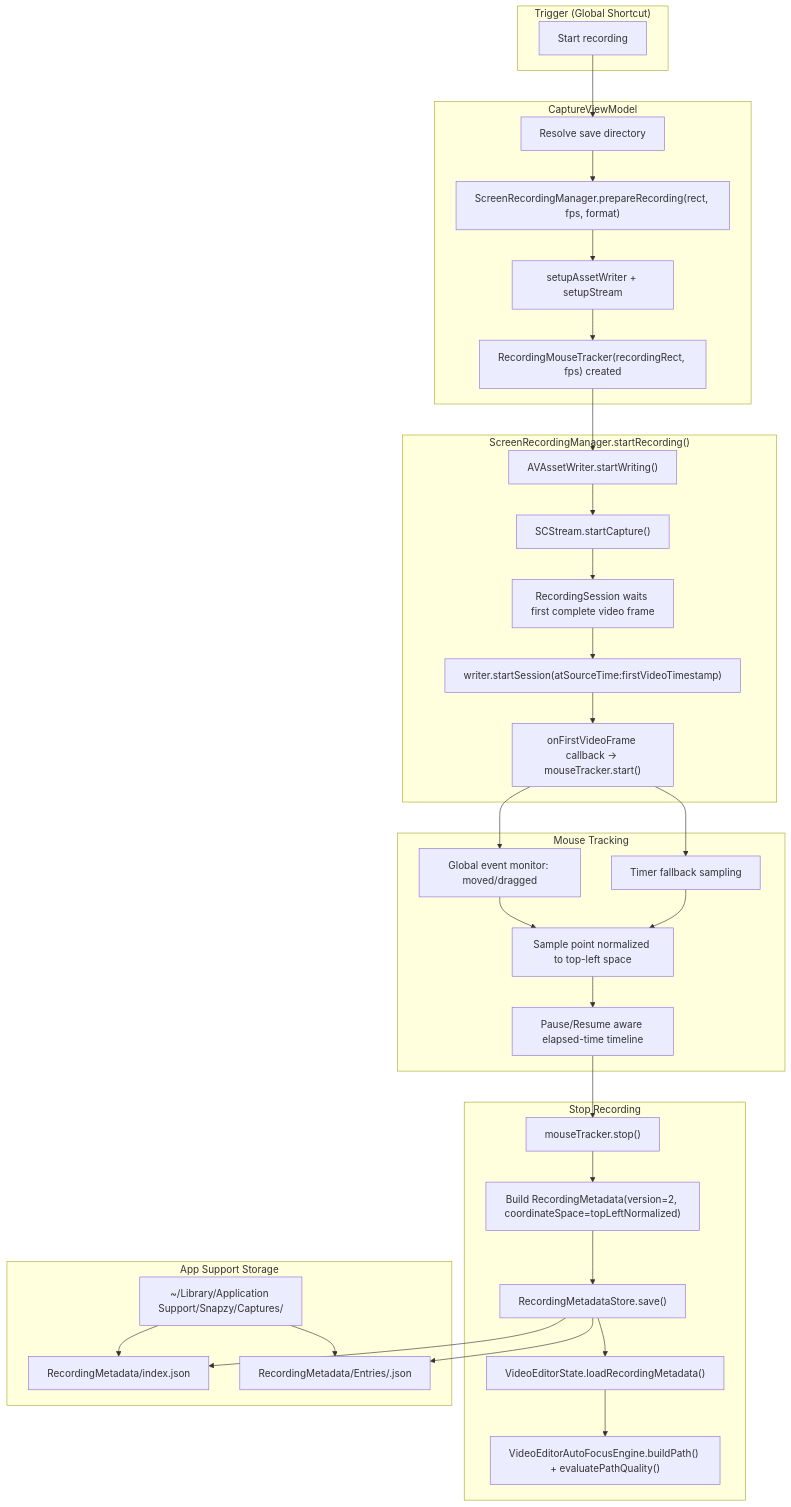
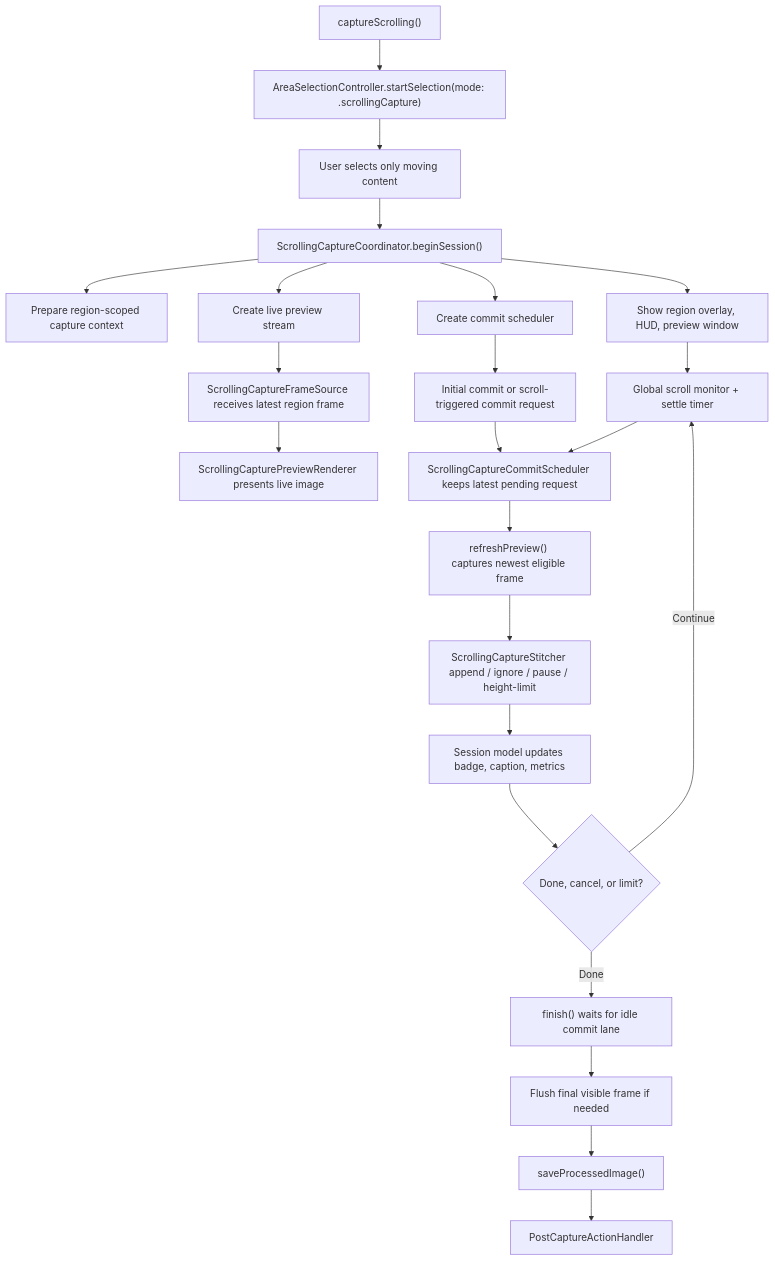
One commit to duongductrong/Snapzy changed the third of 7 diagrams in docs/capture-flow.md. Above: the diagram before and after it, drawn with Mermaid. The commit also changed other lines of this file and 3 other files, not shown here.

````diff
--- a/docs/capture-flow.md
+++ b/docs/capture-flow.md
@@ -77,54 +82,30 @@
 ```mermaid
 flowchart TD
-    subgraph Trigger["Trigger (Global Shortcut)"]
-        A1["Start recording"]
-    end
+    A["captureScrolling()"] --> B["AreaSelectionController.startSelection(mode: .scrollingCapture)"]
+    B --> C["User selects only moving content"]
+    C --> D["ScrollingCaptureCoordinator.beginSession()"]
 
-    subgraph VM["CaptureViewModel"]
-        B1["Resolve save directory"]
-        B2["ScreenRecordingManager.prepareRecording(rect, fps, format)"]
-        B3["setupAssetWriter + setupStream"]
-        B4["RecordingMouseTracker(recordingRect, fps) created"]
-    end
+    D --> E["Prepare region-scoped capture context"]
+    D --> F["Show region overlay, HUD, preview window"]
+    D --> G["Create live preview stream"]
+    D --> H["Create commit scheduler"]
 
-    subgraph Stream["ScreenRecordingManager.startRecording()"]
-        C1["AVAssetWriter.startWriting()"]
-        C2["SCStream.startCapture()"]
-        C3["RecordingSession waits first complete video frame"]
-        C4["writer.startSession(atSourceTime:firstVideoTimestamp)"]
-        C5["onFirstVideoFrame callback -> mouseTracker.start()"]
-    end
+    G --> I["ScrollingCaptureFrameSource receives latest region frame"]
+    I --> J["ScrollingCapturePreviewRenderer presents live image"]
 
-    subgraph Track["Mouse Tracking"]
-        D1["Global event monitor: moved/dragged"]
-        D2["Timer fallback sampling"]
-        D3["Sample point normalized to top-left space"]
-        D4["Pause/Resume aware elapsed-time timeline"]
-    end
+    H --> K["Initial commit or scroll-triggered commit request"]
+    K --> L["ScrollingCaptureCommitScheduler keeps latest pending request"]
+    L --> M["refreshPreview() captures newest eligible frame"]
+    M --> N["ScrollingCaptureStitcher append / ignore / pause / height-limit"]
+    N --> O["Session model updates badge, caption, metrics"]
 
-    subgraph Stop["Stop Recording"]
-        E1["mouseTracker.stop()"]
-        E2["Build RecordingMetadata(version=2, coordinateSpace=topLeftNormalized)"]
-        E3["RecordingMetadataStore.save()"]
-        E4["VideoEditorState.loadRecordingMetadata()"]
-        E5["VideoEditorAutoFocusEngine.buildPath() + evaluatePathQuality()"]
-    end
+    F --> P["Global scroll monitor + settle timer"]
+    P --> L
 
-    subgraph Store["App Support Storage"]
-        F1["~/Library/Application Support/Snapzy/Captures/"]
-        F2["RecordingMetadata/index.json"]
-        F3["RecordingMetadata/Entries/<uuid>.json"]
-    end
-
-    A1 --> B1 --> B2 --> B3 --> B4
-    B4 --> C1 --> C2 --> C3 --> C4 --> C5
-    C5 --> D1
-    C5 --> D2
-    D1 --> D3 --> D4
-    D2 --> D3
-    D4 --> E1 --> E2 --> E3 --> F2
-    E3 --> F3
-    E3 --> E4 --> E5
-    F1 --> F2
-    F1 --> F3
+    O --> Q{"Done, cancel, or limit?"}
+    Q -->|Continue| P
+    Q -->|Done| R["finish() waits for idle commit lane"]
+    R --> S["Flush final visible frame if needed"]
+    S --> T["saveProcessedImage()"]
+    T --> U["PostCaptureActionHandler"]
 ```
````
